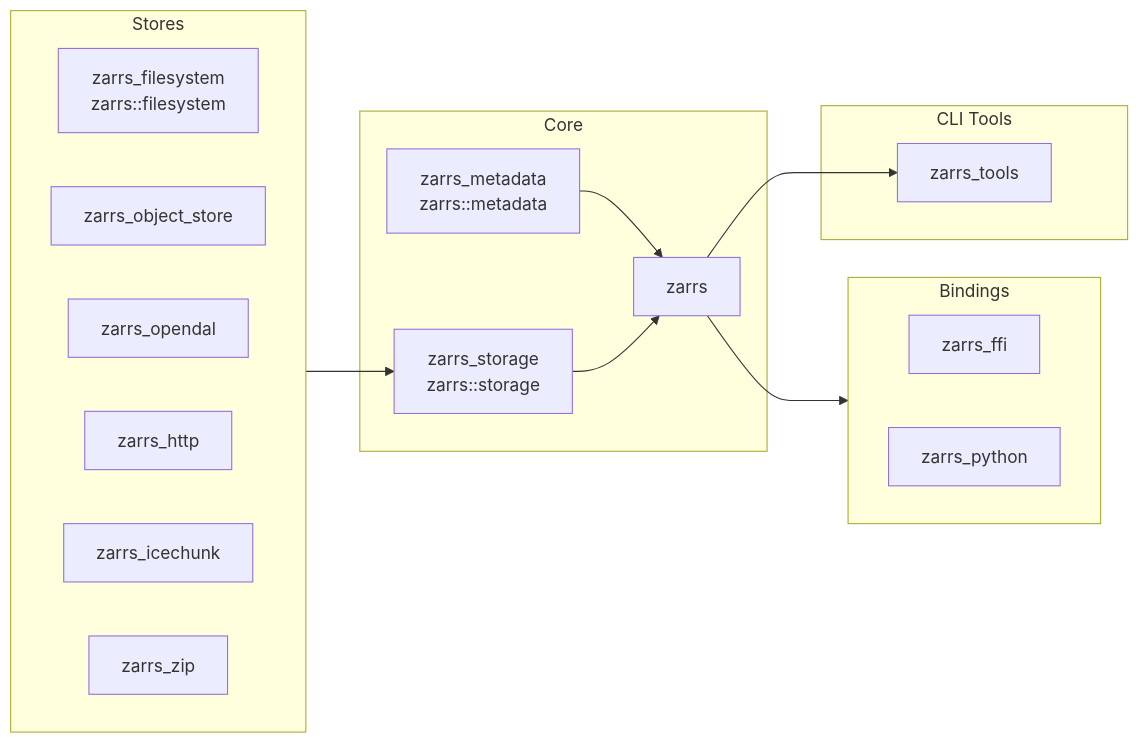
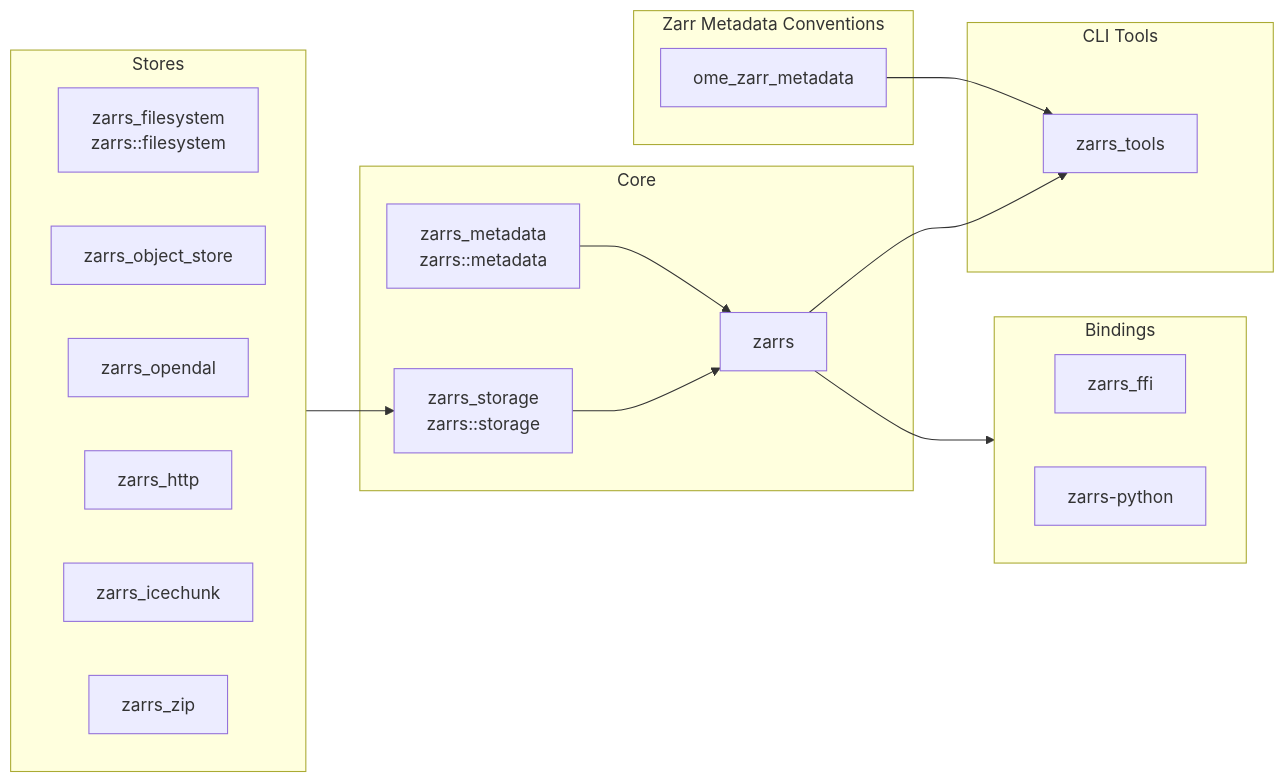
One commit to zarrs/zarrs_book changed the diagram in src/installation.md. Above: the diagram before and after it, drawn with Mermaid. The commit also changed other lines of this file, not shown here.

Commit message:
Add `ome_zarr_metadata` to crate ecosystem

````diff
--- a/src/installation.md
+++ b/src/installation.md
@@ -58,26 +58,29 @@
 ```mermaid
 graph LR
     subgraph Core
         zarrs_metadata[zarrs_metadata <br> zarrs::metadata] --> zarrs
         zarrs_storage[zarrs_storage <br> zarrs::storage] --> zarrs
     end
     subgraph Stores
         direction LR
         zarrs_filesystem[zarrs_filesystem <br> zarrs::filesystem]
         zarrs_object_store
         zarrs_opendal
         zarrs_http
         zarrs_icechunk
         zarrs_zip
     end
     Stores --> zarrs_storage
     subgraph Bindings
         direction LR
         zarrs_ffi
-        zarrs_python
+        zarrs-python
     end
     zarrs --> Bindings
     subgraph CLI Tools
     zarrs --> zarrs_tools
     end
+    subgraph metadata_conventions[Zarr Metadata Conventions]
+    ome_zarr_metadata --> zarrs_tools
+    end
 ```
````
